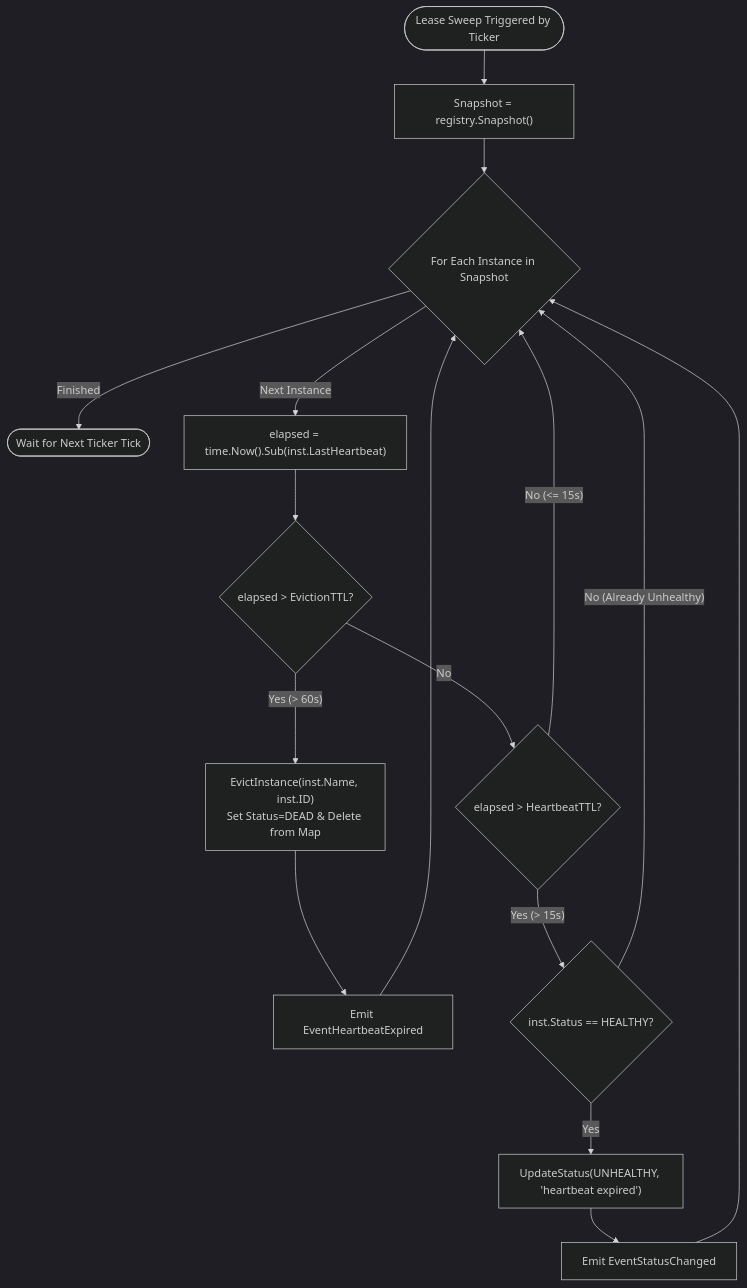
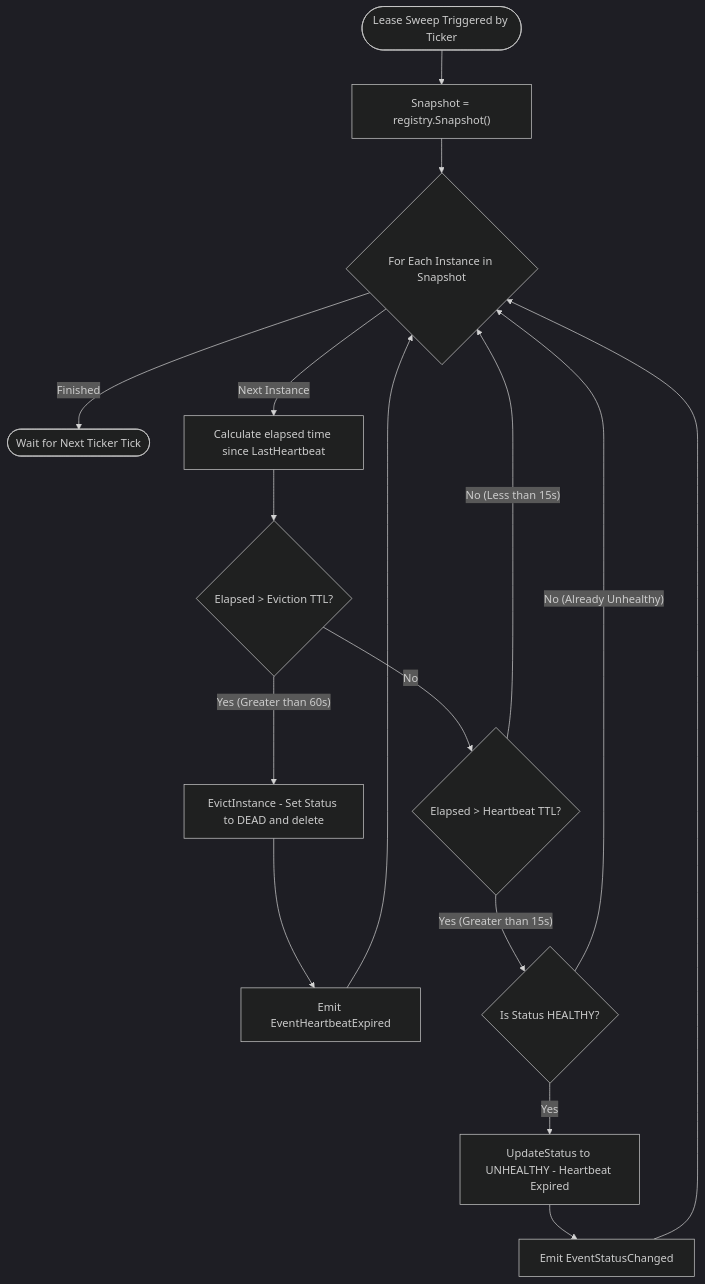
One commit to Chief-Strategist-J/llm-observability-platform changed the fourth of 6 diagrams in packages/configs/llm-obs-infra/docs/architectureDoc/adr-0009-service-registry-and-discovery.md. Above: the diagram before and after it, drawn with Mermaid (dark theme). The commit also changed other lines of this file, not shown here.

Commit message:
fix(docs): update Mermaid diagram syntax in ADR-0009 for GitHub renderer compatibility

````diff
--- a/packages/configs/llm-obs-infra/docs/architectureDoc/adr-0009-service-registry-and-discovery.md
+++ b/packages/configs/llm-obs-infra/docs/architectureDoc/adr-0009-service-registry-and-discovery.md
@@ -372,20 +371,20 @@
 ```mermaid
 graph TD
-    Start([Lease Sweep Triggered by Ticker]) --> TakeSnapshot["Snapshot = registry.Snapshot()"]
-    TakeSnapshot --> LoopInstances{For Each Instance in Snapshot}
+    Start(["Lease Sweep Triggered by Ticker"]) --> TakeSnapshot["Snapshot = registry.Snapshot()"]
+    TakeSnapshot --> LoopInstances{"For Each Instance in Snapshot"}
     
-    LoopInstances -- "Finished" --> End([Wait for Next Ticker Tick])
-    LoopInstances -- "Next Instance" --> CalcElapsed["elapsed = time.Now().Sub(inst.LastHeartbeat)"]
+    LoopInstances -->|"Finished"| End(["Wait for Next Ticker Tick"])
+    LoopInstances -->|"Next Instance"| CalcElapsed["Calculate elapsed time since LastHeartbeat"]
     
-    CalcElapsed --> CheckEviction{elapsed > EvictionTTL?}
-    CheckEviction -- "Yes (> 60s)" --> Evict["EvictInstance(inst.Name, inst.ID)\nSet Status=DEAD & Delete from Map"]
+    CalcElapsed --> CheckEviction{"Elapsed > Eviction TTL?"}
+    CheckEviction -->|"Yes (Greater than 60s)"| Evict["EvictInstance - Set Status to DEAD and delete"]
     Evict --> EmitEvictEvent["Emit EventHeartbeatExpired"] --> LoopInstances
     
-    CheckEviction -- "No" --> CheckTTL{elapsed > HeartbeatTTL?}
-    CheckTTL -- "Yes (> 15s)" --> CheckHealthy{inst.Status == HEALTHY?}
-    CheckHealthy -- "Yes" --> MarkUnhealthy["UpdateStatus(UNHEALTHY, 'heartbeat expired')"]
+    CheckEviction -->|"No"| CheckTTL{"Elapsed > Heartbeat TTL?"}
+    CheckTTL -->|"Yes (Greater than 15s)"| CheckHealthy{"Is Status HEALTHY?"}
+    CheckHealthy -->|"Yes"| MarkUnhealthy["UpdateStatus to UNHEALTHY - Heartbeat Expired"]
     MarkUnhealthy --> EmitStatusEvent["Emit EventStatusChanged"] --> LoopInstances
-    CheckHealthy -- "No (Already Unhealthy)" --> LoopInstances
+    CheckHealthy -->|"No (Already Unhealthy)"| LoopInstances
     
-    CheckTTL -- "No (<= 15s)" --> LoopInstances
+    CheckTTL -->|"No (Less than 15s)"| LoopInstances
 ```
````
